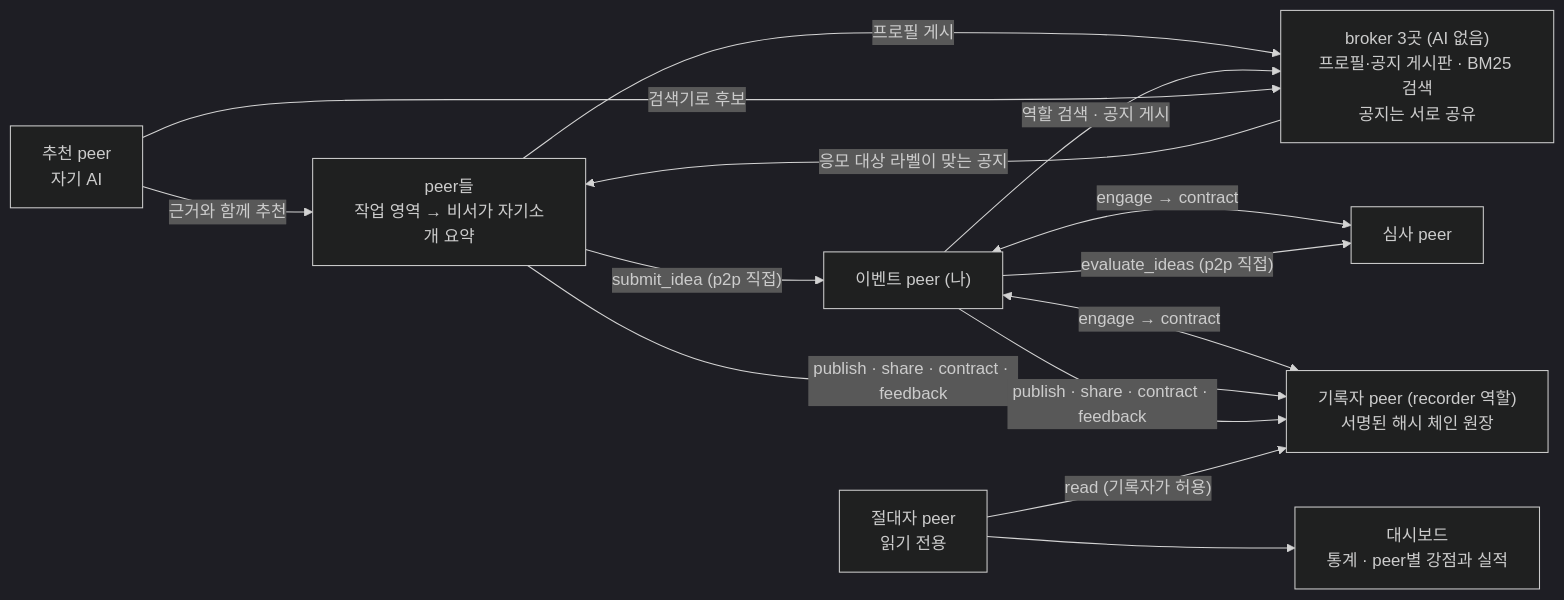
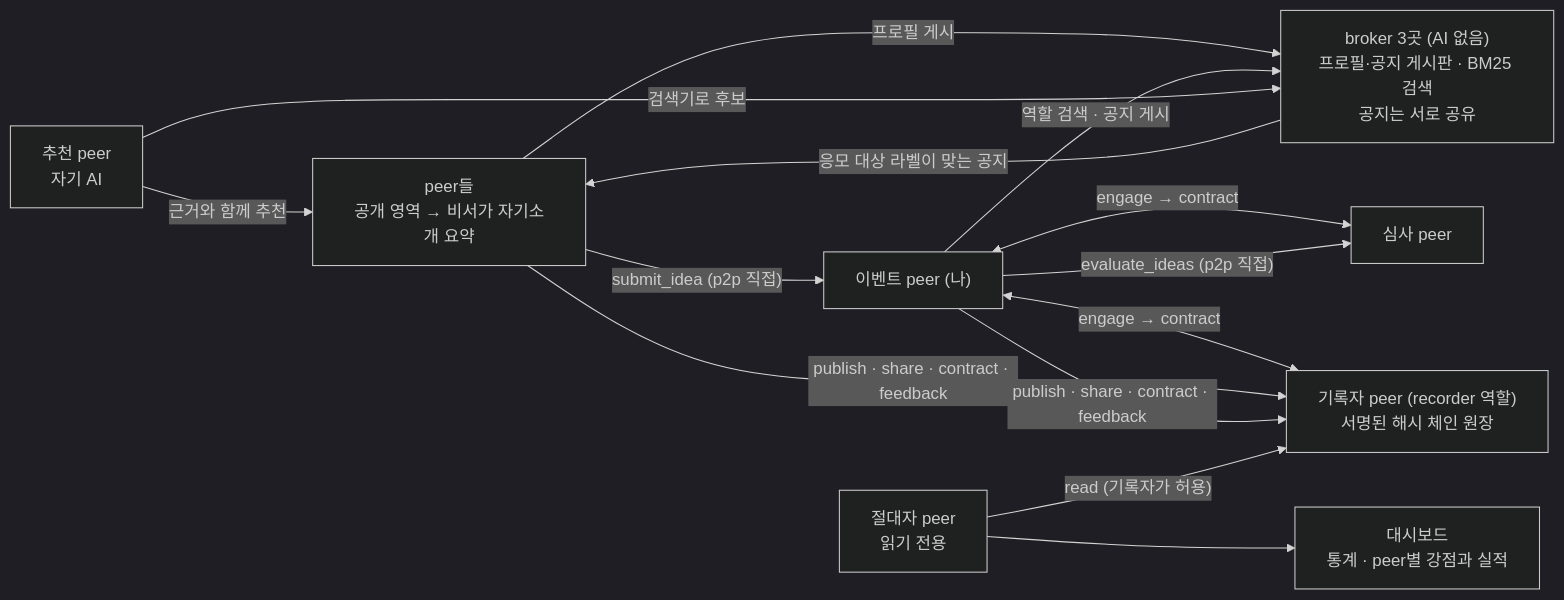
Before and after one commit to tanminkwan/share-ur-tokens: the diagram in README.md, drawn with Mermaid (dark theme). The commit also changed other lines of this file and 8 other files, not shown here.

````diff
--- a/README.md
+++ b/README.md
@@ -18,15 +18,15 @@
 ```mermaid
 flowchart LR
-    P["peer들<br/>작업 영역 → 비서가 자기소개 요약"] -- "프로필 게시" --> B["broker 3곳 (AI 없음)<br/>프로필·공지 게시판 · BM25 검색<br/>공지는 서로 공유"]
+    P["peer들<br/>공개 영역 → 비서가 자기소개 요약"] -- "프로필 게시" --> B["broker 3곳 (AI 없음)<br/>프로필·공지 게시판 · BM25 검색<br/>공지는 서로 공유"]
     E["이벤트 peer (나)"] -- "역할 검색 · 공지 게시" --> B
     B -- "응모 대상 라벨이 맞는 공지" --> P
     M["추천 peer<br/>자기 AI"] -- "검색기로 후보" --> B
     M -- "근거와 함께 추천" --> P
     E <-- "engage → contract" --> R["심사 peer"]
     P -- "submit_idea (p2p 직접)" --> E
     E -- "evaluate_ideas (p2p 직접)" --> R
     E <-- "engage → contract" --> L["기록자 peer (recorder 역할)<br/>서명된 해시 체인 원장"]
     P & E -- "publish · share · contract · feedback" --> L
     O["절대자 peer<br/>읽기 전용"] -- "read (기록자가 허용)" --> L
     O --> D["대시보드<br/>통계 · peer별 강점과 실적"]
 ```
````
